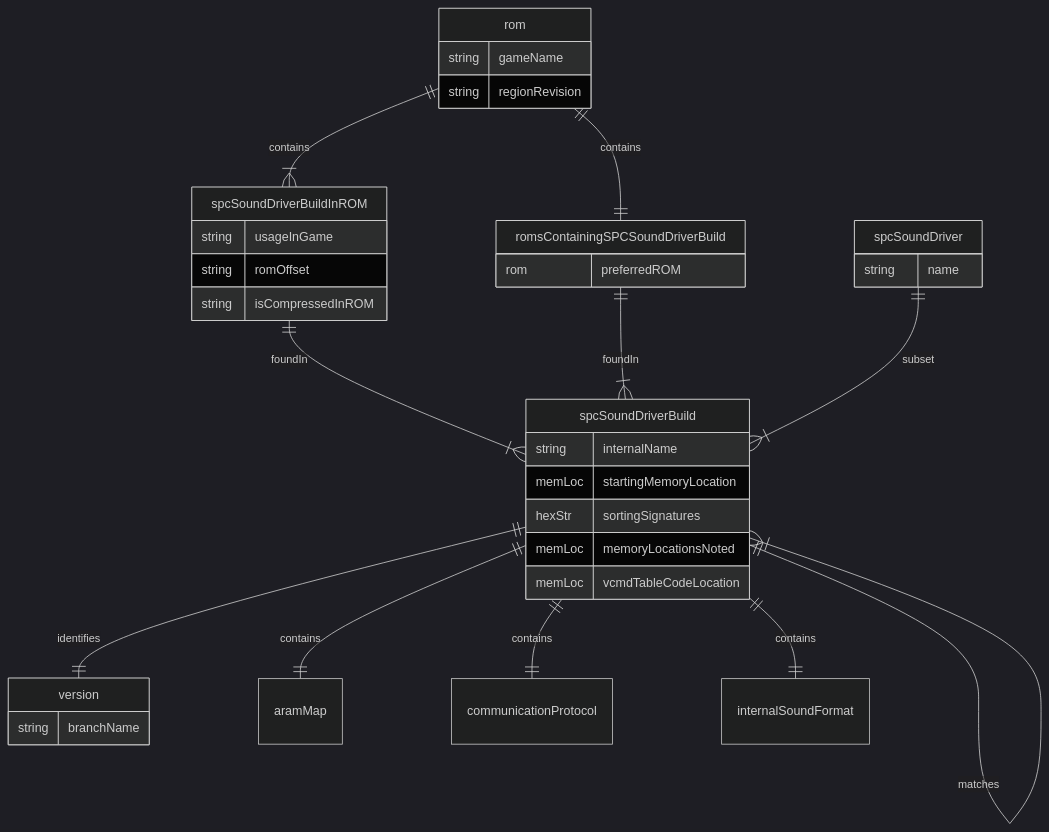
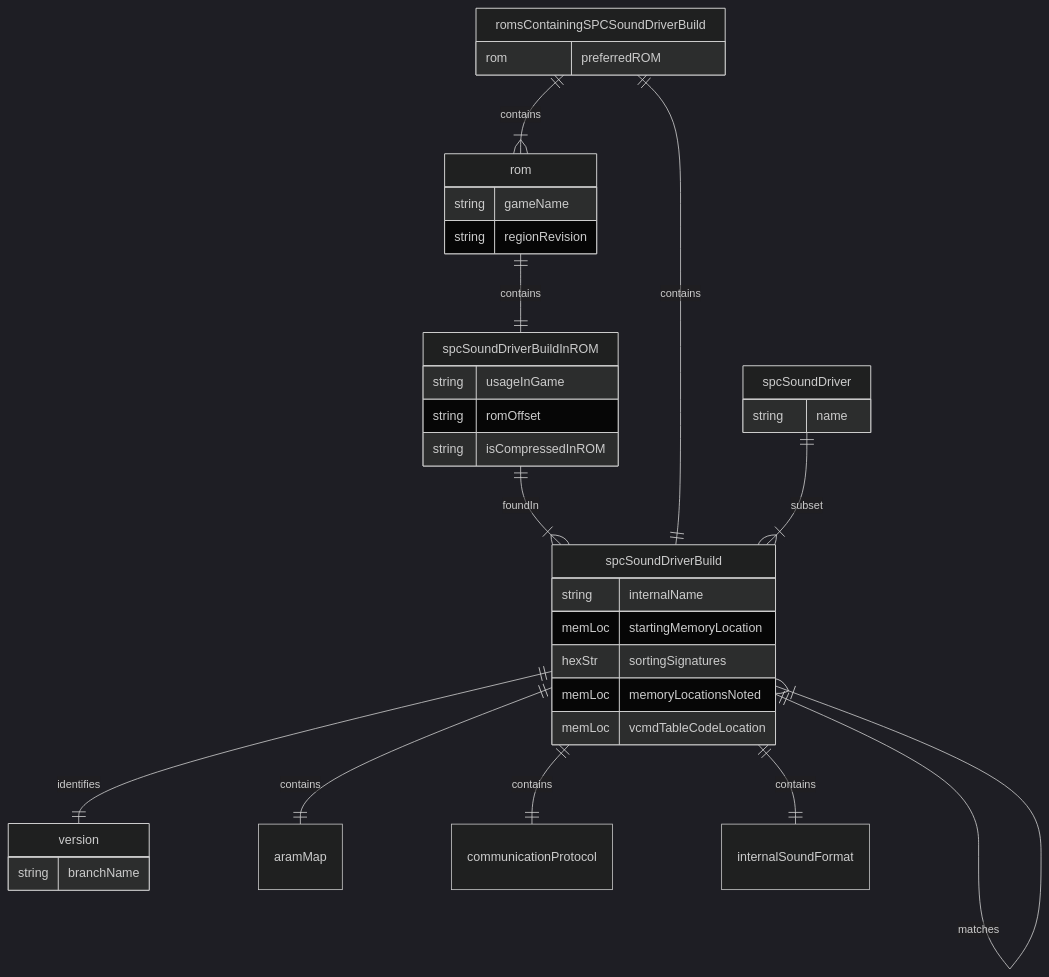
Before and after one commit to KungFuFurby/SNESSoundDriverDocViewer: the diagram in design/Internal Data Structure.md, drawn with Mermaid (dark theme).

Commit message:
Correct Entity Relationship diagram
Somehow got my one-to-many relationships a bit backwards...

````diff
--- a/design/Internal Data Structure.md
+++ b/design/Internal Data Structure.md
@@ -4,42 +4,42 @@
 ```mermaid
 erDiagram
 	rom {
 		string gameName
 		string regionRevision
 	}
 
 	spcSoundDriverBuildInROM {
 		string usageInGame
 		string romOffset
 		string isCompressedInROM
 	}
-	rom ||--|{ spcSoundDriverBuildInROM : contains
+	rom ||--|| spcSoundDriverBuildInROM : contains
 	spcSoundDriverBuildInROM ||--|{ spcSoundDriverBuild  : foundIn
 	romsContainingSPCSoundDriverBuild {
 		rom preferredROM
 	}
 
-	rom  ||--|| romsContainingSPCSoundDriverBuild : contains
-	romsContainingSPCSoundDriverBuild ||--|{ spcSoundDriverBuild : foundIn
+	romsContainingSPCSoundDriverBuild  ||--|{ rom : contains
+	romsContainingSPCSoundDriverBuild ||--|| spcSoundDriverBuild : contains
 
 	spcSoundDriverBuild {
 		string internalName
 		memLoc startingMemoryLocation
 		hexStr sortingSignatures
 		memLoc memoryLocationsNoted
 		memLoc vcmdTableCodeLocation
 	}
 	spcSoundDriverBuild ||--|{ spcSoundDriverBuild : matches
 	spcSoundDriverBuild 
 	spcSoundDriver {
 		string name
 	}
 	spcSoundDriver ||--|{ spcSoundDriverBuild : subset
 	spcSoundDriverBuild ||--|| version : identifies
 	version {
 		string branchName
 	}
 	spcSoundDriverBuild ||--|| aramMap : contains
 	spcSoundDriverBuild ||--|| communicationProtocol : contains
 	spcSoundDriverBuild ||--|| internalSoundFormat : contains
 ```
````
